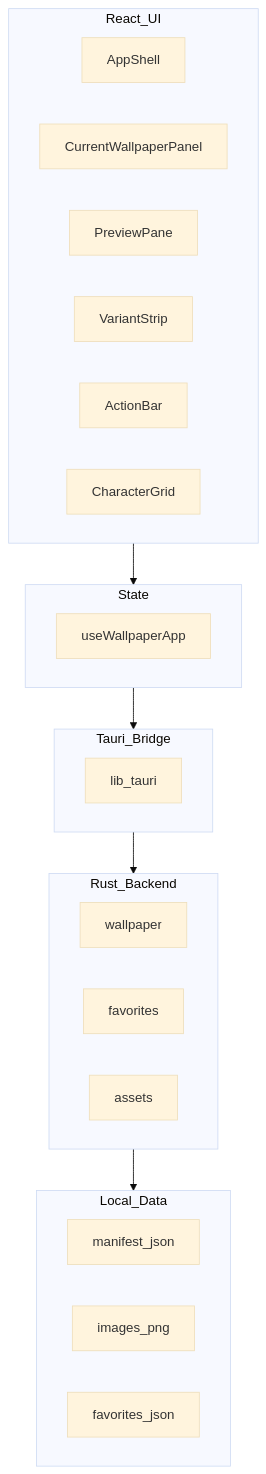
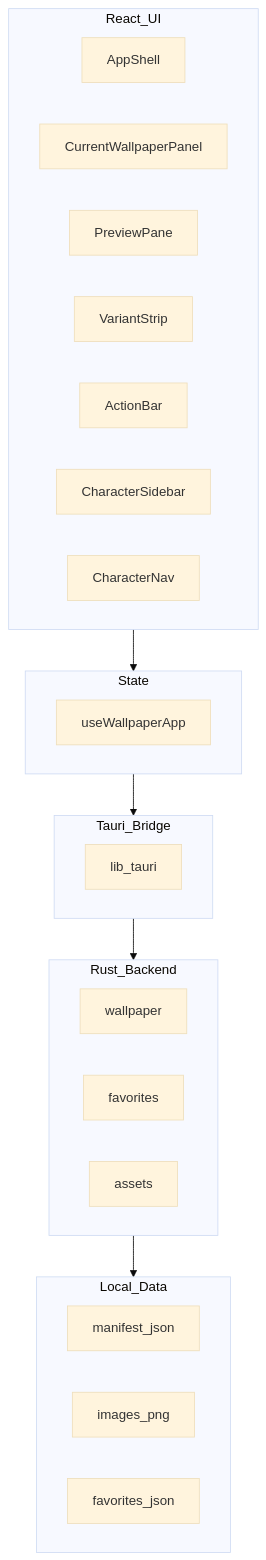
Before and after one commit to 3279549719-dotcom/touhou-wallpaper: the diagram in ARCHITECTURE.md, drawn with Mermaid (base theme). The commit also changed other lines of this file and 20 other files, not shown here.

````diff
--- a/ARCHITECTURE.md
+++ b/ARCHITECTURE.md
@@ -11,28 +11,29 @@
 ```mermaid
 flowchart TB
   subgraph ui [React_UI]
     AppShell
     CurrentWallpaperPanel
     PreviewPane
     VariantStrip
     ActionBar
-    CharacterGrid
+    CharacterSidebar
+    CharacterNav
   end
   subgraph state [State]
     useWallpaperApp
   end
   subgraph bridge [Tauri_Bridge]
     lib_tauri
   end
   subgraph rust [Rust_Backend]
     wallpaper
     favorites
     assets
   end
   subgraph data [Local_Data]
     manifest_json
     images_png
     favorites_json
   end
   ui --> state --> bridge --> rust --> data
 ```
````
